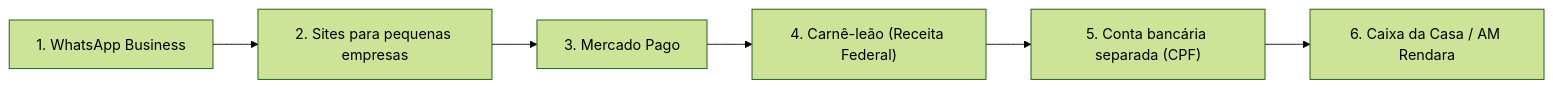
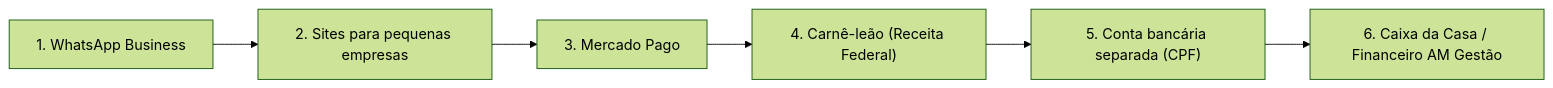
One commit to AlanMateus17/dev-setup changed the seventh of 22 diagrams in docs/fluxos.md. Above: the diagram before and after it, drawn with Mermaid (forest theme). The commit also changed other lines of this file and 78 other files, not shown here.

````diff
--- a/docs/fluxos.md
+++ b/docs/fluxos.md
@@ -198,14 +198,14 @@
 ```mermaid
 flowchart LR
   s0["1. WhatsApp Business"]
   s1["2. Sites para pequenas empresas"]
   s2["3. Mercado Pago"]
   s3["4. Carnê-leão (Receita Federal)"]
   s4["5. Conta bancária separada (CPF)"]
-  s5["6. Caixa da Casa / AM Rendara"]
+  s5["6. Caixa da Casa / Financeiro AM Gestão"]
   s0 --> s1
   s1 --> s2
   s2 --> s3
   s3 --> s4
   s4 --> s5
 ```
````
